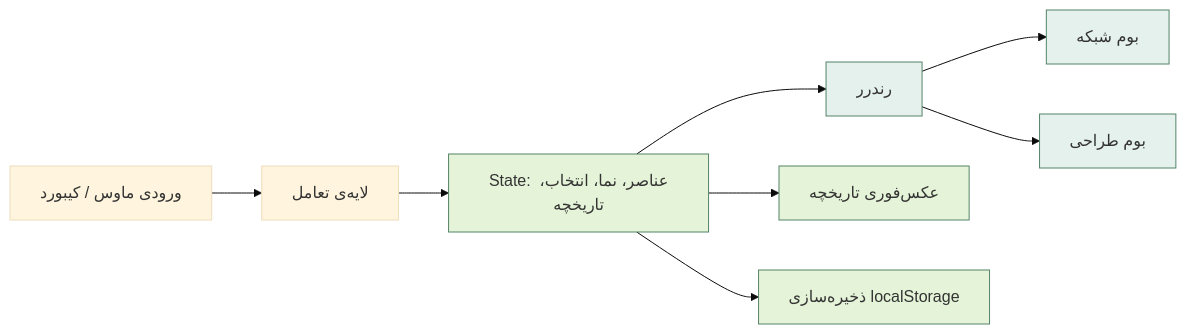
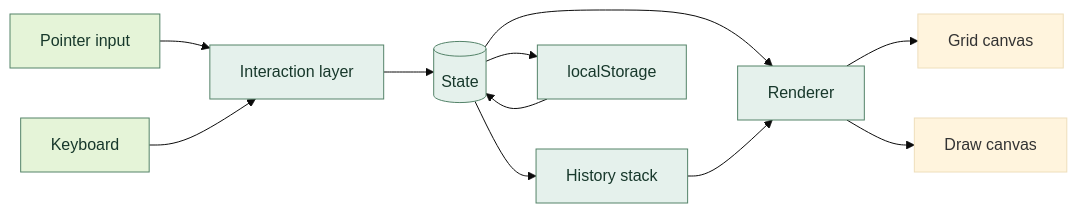
Before and after one commit to here-is-leo/Negar: the second of 2 diagrams in README.md, drawn with Mermaid (base theme). The commit also changed other lines of this file, not shown here.

````diff
--- a/README.md
+++ b/README.md
@@ -346,15 +317,17 @@
 ```mermaid
 flowchart LR
-    A[ورودی ماوس / کیبورد] --> B[لایه‌ی تعامل]
-    B --> C[State: عناصر، نما، انتخاب، تاریخچه]
-    C --> D[رندرر]
-    D --> E[بوم شبکه]
-    D --> F[بوم طراحی]
-    C --> G[عکس‌فوری تاریخچه]
-    C --> H[ذخیره‌سازی localStorage]
-
-    classDef state fill:#E5F4D8,stroke:#548369
-    classDef render fill:#E5F1EC,stroke:#548369
-    class C,G,H state
-    class D,E,F render
+    P[Pointer input] --> I[Interaction layer]
+    K[Keyboard] --> I
+    I --> S[(State)]
+    S --> R[Renderer]
+    R --> G[Grid canvas]
+    R --> D[Draw canvas]
+    S --> H[History stack]
+    S --> L[localStorage]
+    H --> R
+    L --> S
+    classDef input fill:#E5F4D8,stroke:#548369,color:#17382B;
+    classDef core fill:#E5F1EC,stroke:#548369,color:#17382B;
+    class P,K input;
+    class I,S,R,H,L core;
 ```
````
